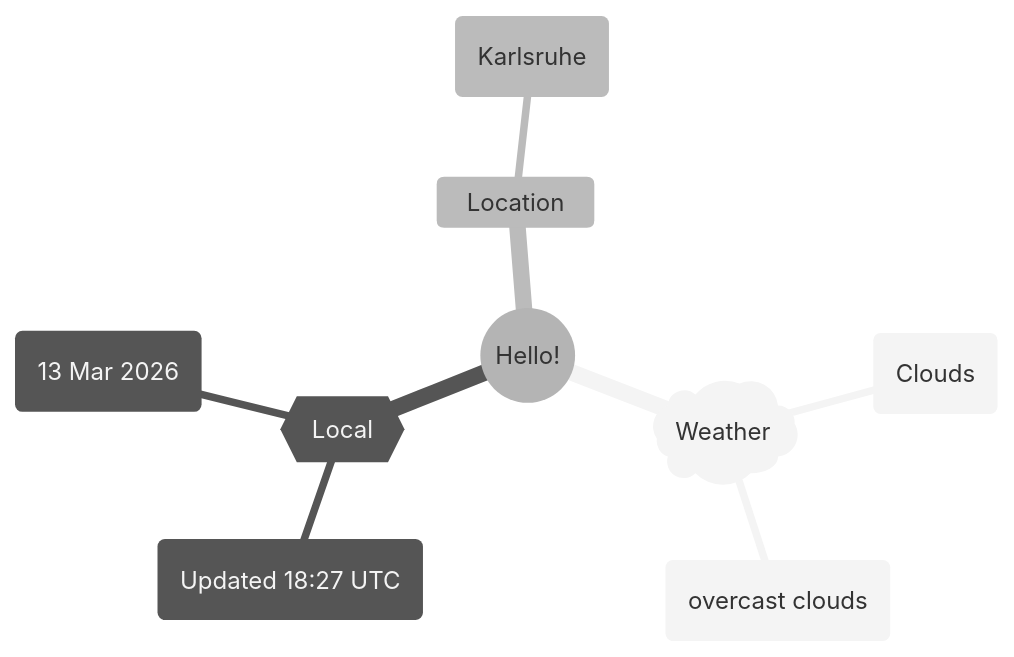
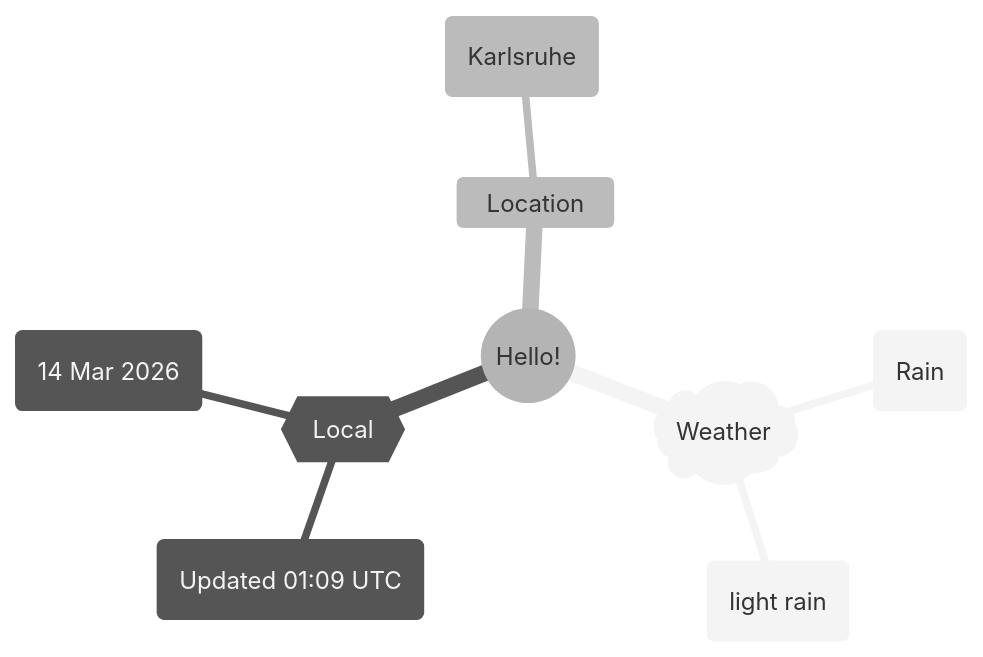
Before and after one commit to Xosrov/Xosrov: the first of 2 diagrams in README.md, drawn with Mermaid (neutral theme).

Commit message:
[bot] updated images

````diff
--- a/README.md
+++ b/README.md
@@ -3,12 +3,12 @@
 ```mermaid
 mindmap
   root((Hello!))
     )Weather(
-        (Clouds)
-        (overcast clouds)
+        (Rain)
+        (light rain)
     {{Local}}
-        (Updated 18:27 UTC)
-        (13 Mar 2026)
+        (Updated 01:09 UTC)
+        (14 Mar 2026)
     Location
         (Karlsruhe)
 ```
````
